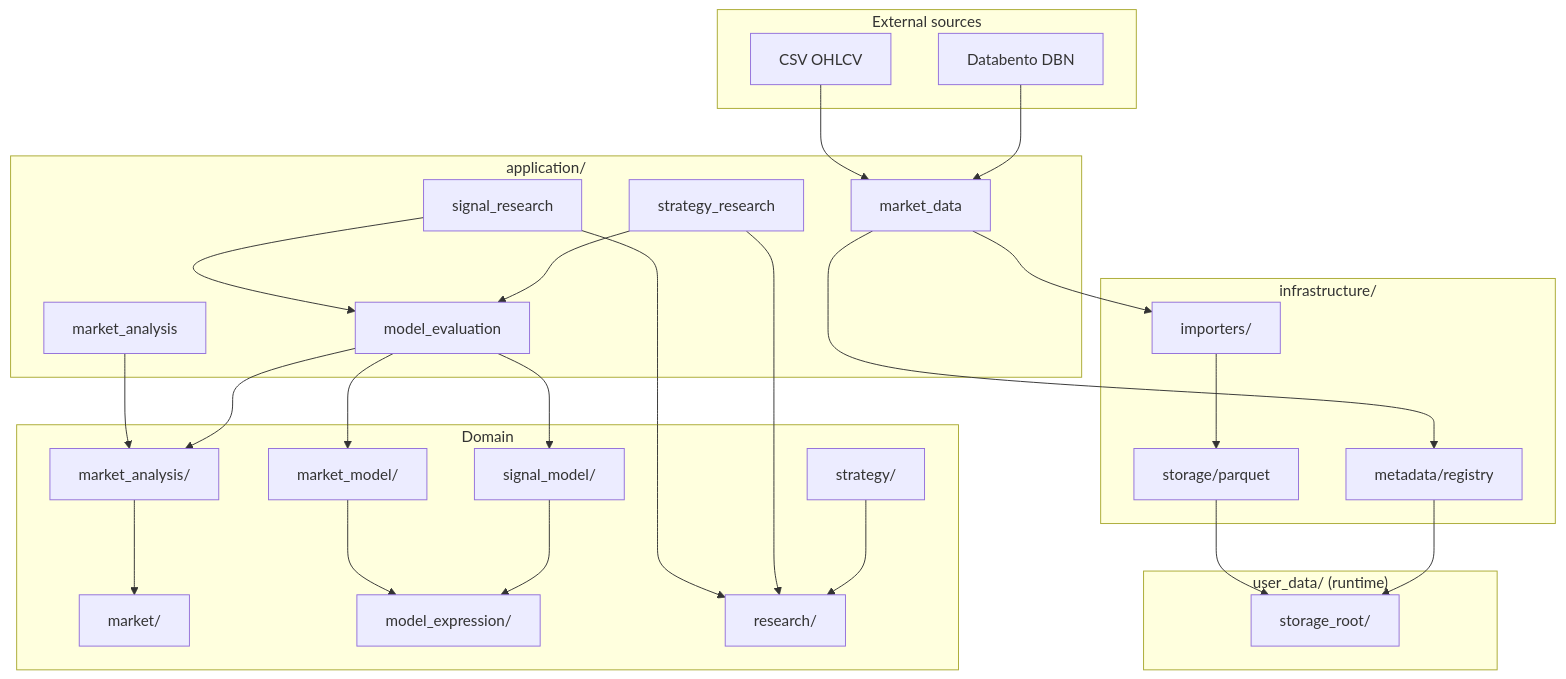
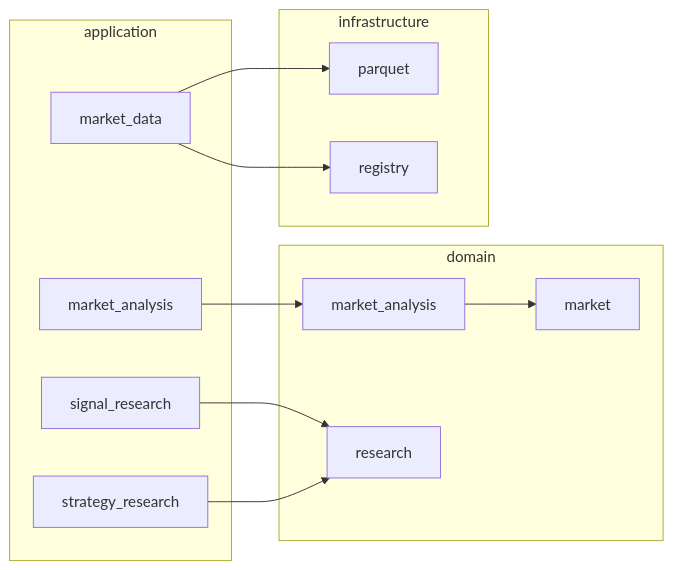
Before and after one commit to folg-code/research-trading-framework: the diagram in README.md, drawn with Mermaid. The commit also changed other lines of this file and 3 other files, not shown here.

````diff
--- a/README.md
+++ b/README.md
@@ -45,54 +118,24 @@
 ```mermaid
-flowchart TB
-    subgraph external["External sources"]
-        CSV["CSV OHLCV"]
-        DBN["Databento DBN"]
+flowchart LR
+    subgraph app["application"]
+        MD[market_data]
+        MA[market_analysis]
+        SR[signal_research]
+        STR[strategy_research]
     end
-
-    subgraph userdata["user_data/ (runtime)"]
-        STORE["storage_root/"]
+    subgraph domain["domain"]
+        MKT[market]
+        MAN[market_analysis]
+        RES[research]
     end
-
-    subgraph app["application/"]
-        MD["market_data"]
-        MA["market_analysis"]
-        ME["model_evaluation"]
-        SR["signal_research"]
-        STR["strategy_research"]
+    subgraph infra["infrastructure"]
+        PQ[parquet]
+        REG[registry]
     end
-
-    subgraph domain["Domain"]
-        MKT["market/"]
-        MAN["market_analysis/"]
-        MX["model_expression/"]
-        MM["market_model/"]
-        SM["signal_model/"]
-        ST["strategy/"]
-        RES["research/"]
-    end
-
-    subgraph infra["infrastructure/"]
-        IMP["importers/"]
-        PQ["storage/parquet"]
-        REG["metadata/registry"]
-    end
-
-    CSV --> MD
-    DBN --> MD
-    MD --> IMP --> PQ --> STORE
-    MD --> REG --> STORE
-
+    MD --> PQ
+    MD --> REG
     MA --> MAN
-    ME --> MAN
-    ME --> MM
-    ME --> SM
-    SR --> ME
     SR --> RES
-    STR --> ME
     STR --> RES
-
     MAN --> MKT
-    MM --> MX
-    SM --> MX
-    ST --> RES
 ```
````
